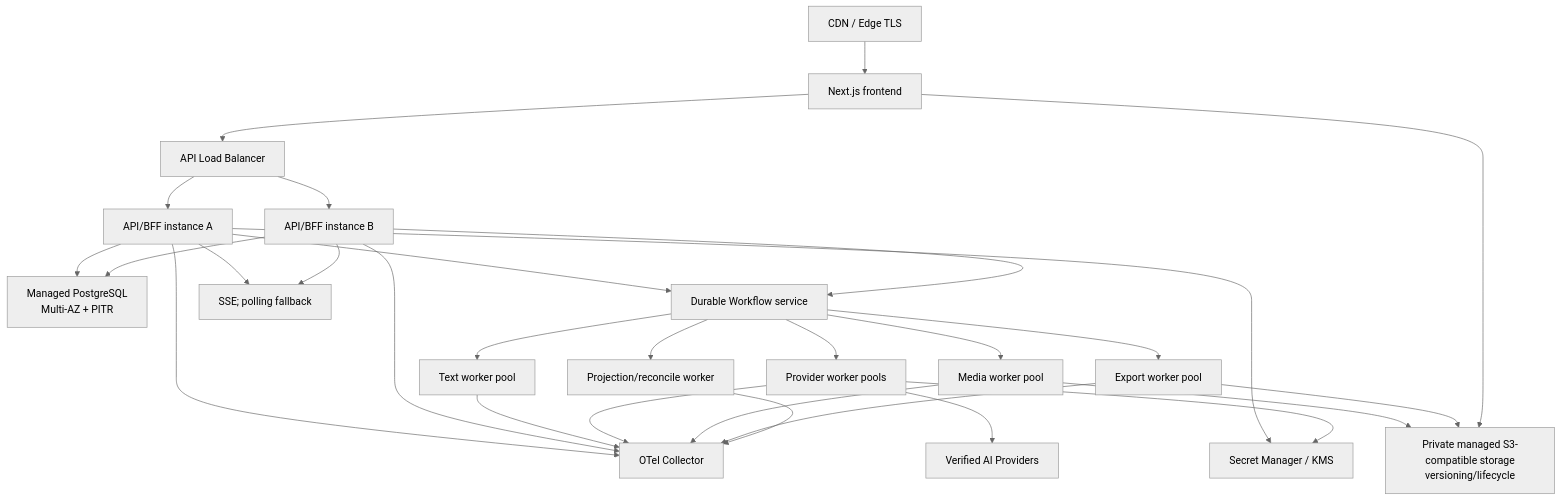
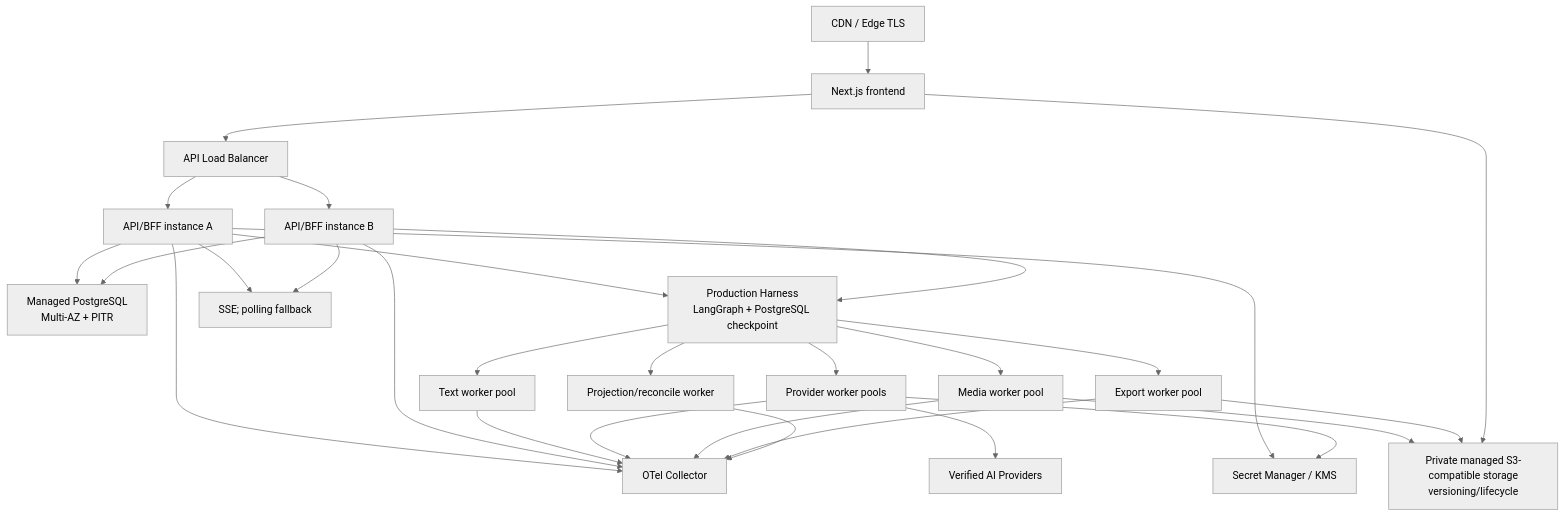
The diagram in docs/design/014-非功能服务目标容量观测备份与灾备设计.md (StephenQiu30/lanverse), drawn with Mermaid (neutral theme) before and after one commit. The commit also changed other lines of this file and 26 other files, not shown here.

````diff
--- a/docs/design/014-非功能服务目标容量观测备份与灾备设计.md
+++ b/docs/design/014-非功能服务目标容量观测备份与灾备设计.md
@@ -117,31 +117,31 @@
 ```mermaid
 flowchart TB
     CDN["CDN / Edge TLS"] --> FE["Next.js frontend"]
     FE --> LB["API Load Balancer"]
     LB --> API1["API/BFF instance A"]
     LB --> API2["API/BFF instance B"]
     API1 --> PG["Managed PostgreSQL<br/>Multi-AZ + PITR"]
     API2 --> PG
-    API1 --> WF["Durable Workflow service"]
-    API2 --> WF
+    API1 --> PH["Production Harness<br/>LangGraph + PostgreSQL checkpoint"]
+    API2 --> PH
     API1 --> SSE["SSE; polling fallback"]
     API2 --> SSE
-    WF --> TW["Text worker pool"]
-    WF --> PW["Provider worker pools"]
-    WF --> MW["Media worker pool"]
-    WF --> EW["Export worker pool"]
-    WF --> RW["Projection/reconcile worker"]
+    PH --> TW["Text worker pool"]
+    PH --> PW["Provider worker pools"]
+    PH --> MW["Media worker pool"]
+    PH --> EW["Export worker pool"]
+    PH --> RW["Projection/reconcile worker"]
     PW --> EXT["Verified AI Providers"]
     MW --> OBJ["Private managed S3-compatible storage<br/>versioning/lifecycle"]
     EW --> OBJ
     FE --> OBJ
     API1 --> KMS["Secret Manager / KMS"]
     PW --> KMS
     API1 --> OT["OTel Collector"]
     API2 --> OT
     TW --> OT
     PW --> OT
     MW --> OT
     EW --> OT
     RW --> OT
 ```
````
